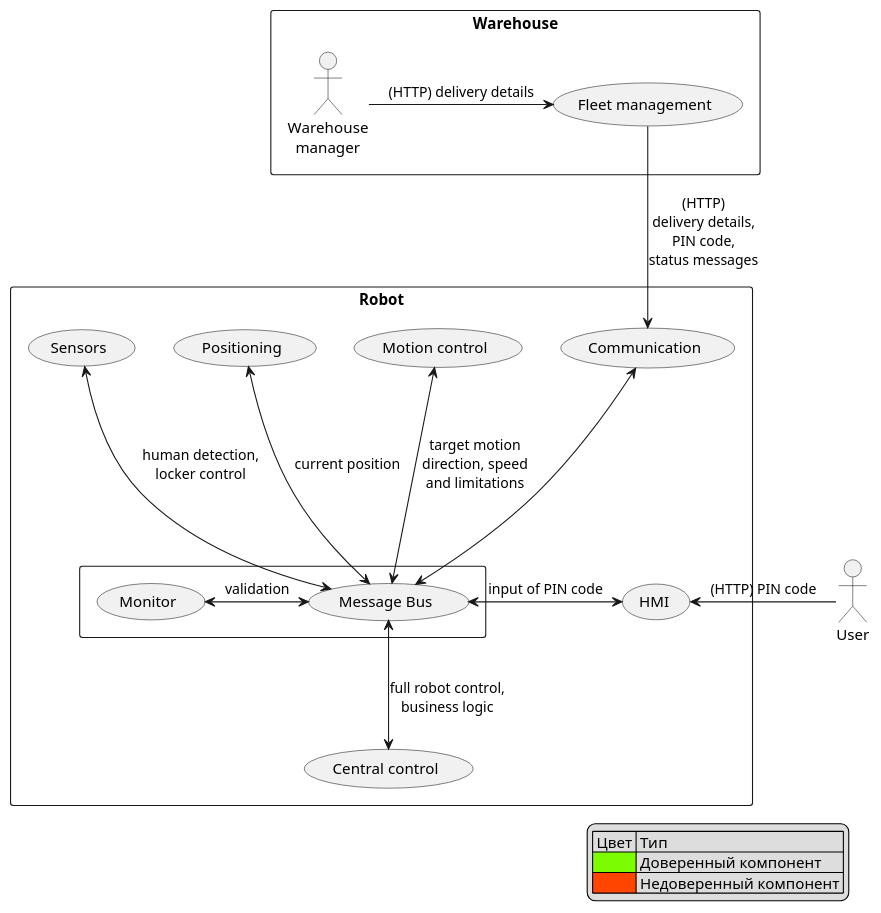
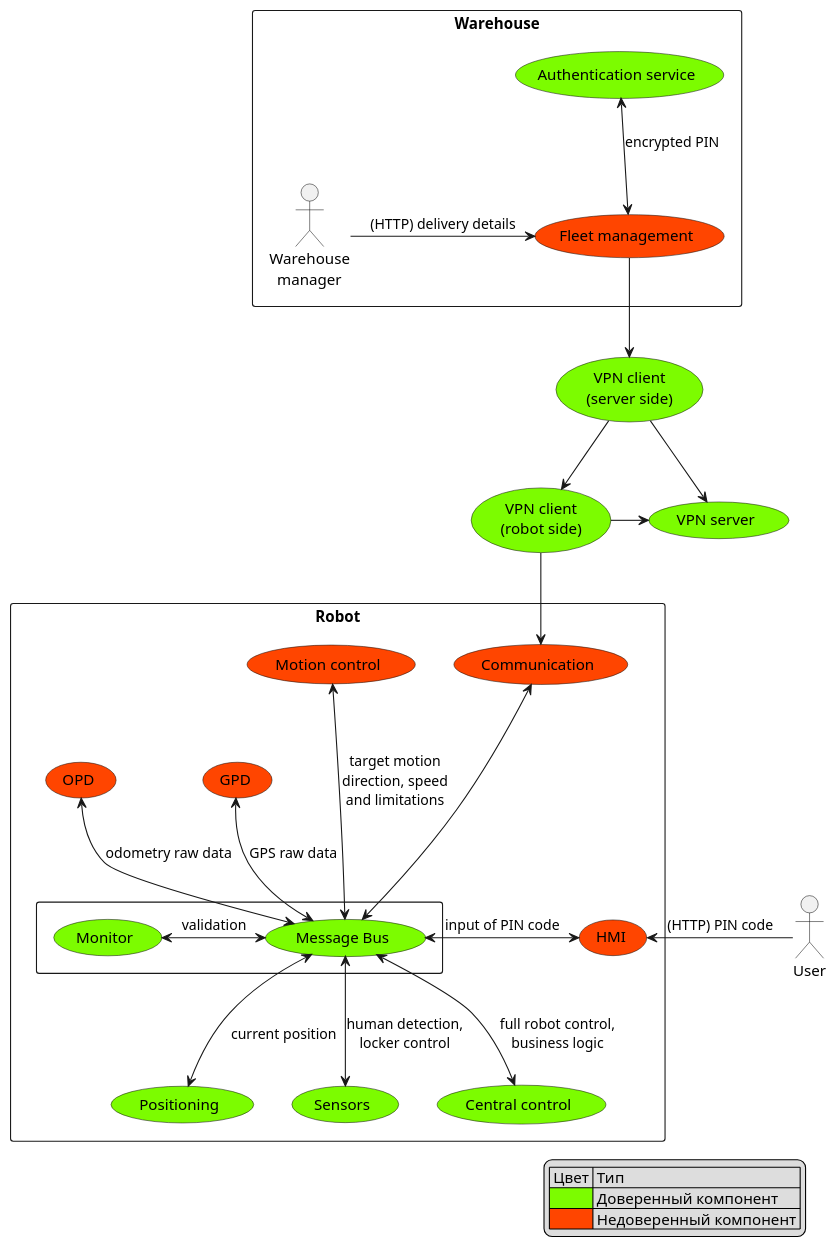
Before and after one commit to Losssaw3/cyberimmune-delivery-robot: the diagram in docs/diagrams/HLA_trusted.puml, drawn with PlantUML. The commit also changed 2 other files, not shown here.

Commit message:
Added diagram with trusted components

```diff
--- a/docs/diagrams/HLA_trusted.puml
+++ b/docs/diagrams/HLA_trusted.puml
@@ -1,49 +1,63 @@
 @startuml
 
 actor User as U
 
+usecase "VPN client\n(server side)" as VPNC0 #lawngreen
+usecase "VPN client\n(robot side)" as VPNC1 #lawngreen
+usecase "VPN server" as VPNS #lawngreen
+
 rectangle Warehouse {
     actor "Warehouse\n  manager" as W
-    usecase "Fleet management" as FMS
+    usecase "Fleet management" as FMS #orangered
+    usecase "Authentication service" as AS #lawngreen
 
     W -> FMS : (HTTP) delivery details
+    FMS <-up-> AS: encrypted PIN
+    FMS --> VPNC0
 }
 
+VPNC0 --> VPNC1
+VPNC0 -> VPNS
+VPNC1 -> VPNS
+
 rectangle Robot {
-    usecase "Communication" as CS
-    usecase "Motion control" as MCU
-    usecase "Positioning" as PU
-    usecase "Sensors" as SU
-    usecase "HMI" as HMI
-    usecase "Central control" as CCU
+    usecase "Communication" as CS #orangered
+    usecase "Motion control" as MCU #orangered
+    usecase "GPD" as GPD #orangered
+    usecase "OPD" as OPD #orangered
+    usecase "Positioning" as PU #lawngreen
+    usecase "Sensors" as SU #lawngreen
+    usecase "HMI" as HMI #orangered
+    usecase "Central control" as CCU #lawngreen
 
     rectangle {
-        usecase "Message Bus" as MB
-        usecase "Monitor" as M
+        usecase "Message Bus" as MB #lawngreen
+        usecase "Monitor" as M #lawngreen
 
         M <-> MB: validation
     }
 
-    FMS --> CS: (HTTP)\ndelivery details,\nPIN code,\nstatus messages
+    VPNC1 --> CS
 
     CS <---> MB
 
     MB <-down-> CCU: full robot control,\nbusiness logic
     MCU <---> MB: target motion\ndirection, speed\nand limitations
-    PU <---> MB: current position
-    SU <---> MB: human detection,\nlocker control
+    PU <-up-> MB: current position
+    SU <-up-> MB: human detection,\nlocker control
     HMI <-> MB : input of PIN code
+
+    OPD <--> MB: odometry raw data
+    GPD <-down-> MB: GPS raw data
 
     U -> HMI: (HTTP) PIN code
 }
+
 
 legend right
     | Цвет | Тип |
     |<#lawngreen> | Доверенный компонент |
     |<#orangered>| Недоверенный компонент |
 end legend
 
-
-
-
 @enduml
```
